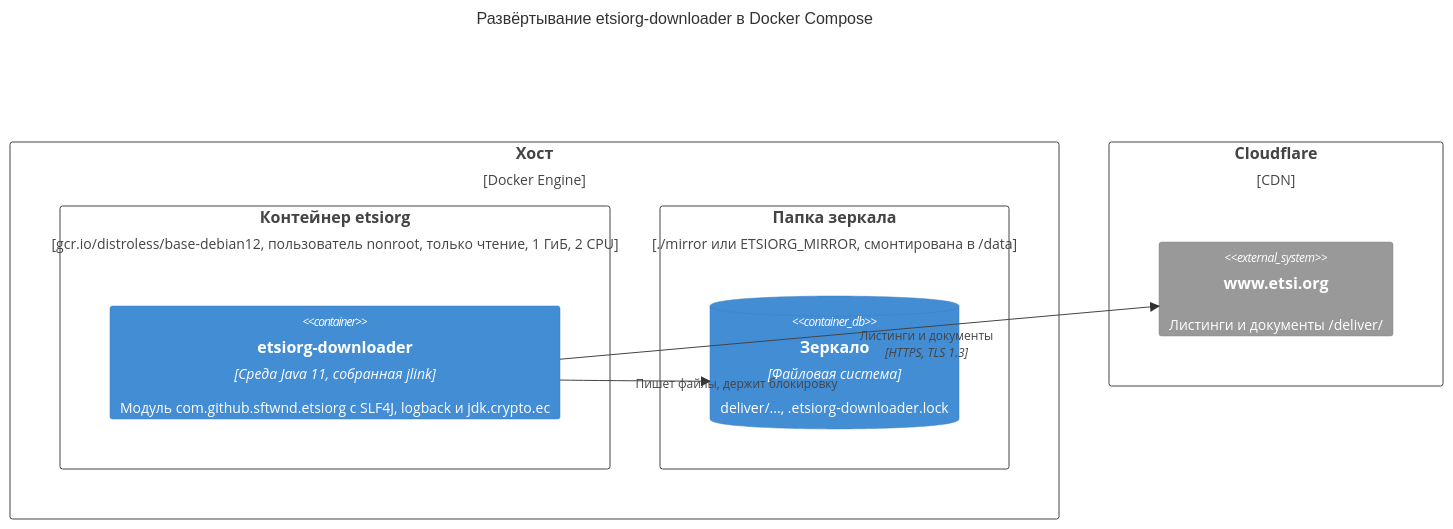
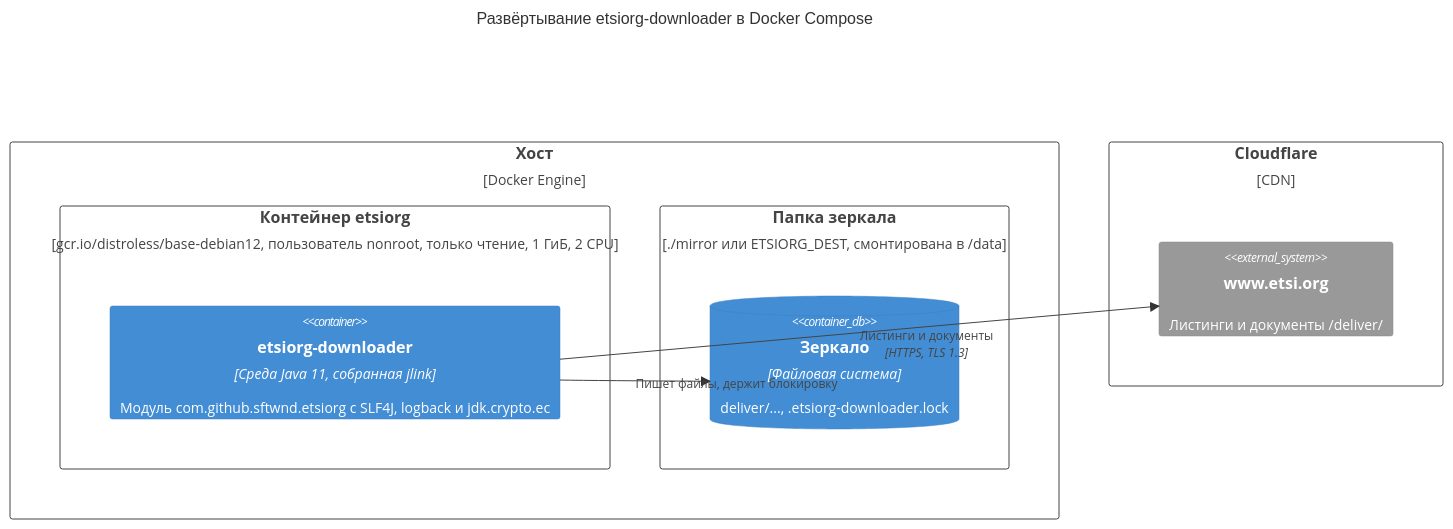
One commit to sftwnd/etsi-org-downloader changed the diagram in docs/adr/ru/0017-jlink-runtime-image.md. Above: the diagram before and after it, drawn with Mermaid. The commit also changed other lines of this file and 9 other files, not shown here.

````diff
--- a/docs/adr/ru/0017-jlink-runtime-image.md
+++ b/docs/adr/ru/0017-jlink-runtime-image.md
@@ -59,17 +60,17 @@
 ```mermaid
 C4Deployment
     title Развёртывание etsiorg-downloader в Docker Compose
     Deployment_Node(host, "Хост", "Docker Engine") {
         Deployment_Node(container, "Контейнер etsiorg", "gcr.io/distroless/base-debian12, пользователь nonroot, только чтение, 1 ГиБ, 2 CPU") {
             Container(app, "etsiorg-downloader", "Среда Java 11, собранная jlink", "Модуль com.github.sftwnd.etsiorg с SLF4J, logback и jdk.crypto.ec")
         }
-        Deployment_Node(volume, "Папка зеркала", "./mirror или ETSIORG_MIRROR, смонтирована в /data") {
+        Deployment_Node(volume, "Папка зеркала", "./mirror или ETSIORG_DEST, смонтирована в /data") {
             ContainerDb(mirror, "Зеркало", "Файловая система", "deliver/..., .etsiorg-downloader.lock")
         }
     }
     Deployment_Node(cloudflare, "Cloudflare", "CDN") {
         System_Ext(etsi, "www.etsi.org", "Листинги и документы /deliver/")
     }
     Rel(app, etsi, "Листинги и документы", "HTTPS, TLS 1.3")
     Rel(app, mirror, "Пишет файлы, держит блокировку")
 ```
````
